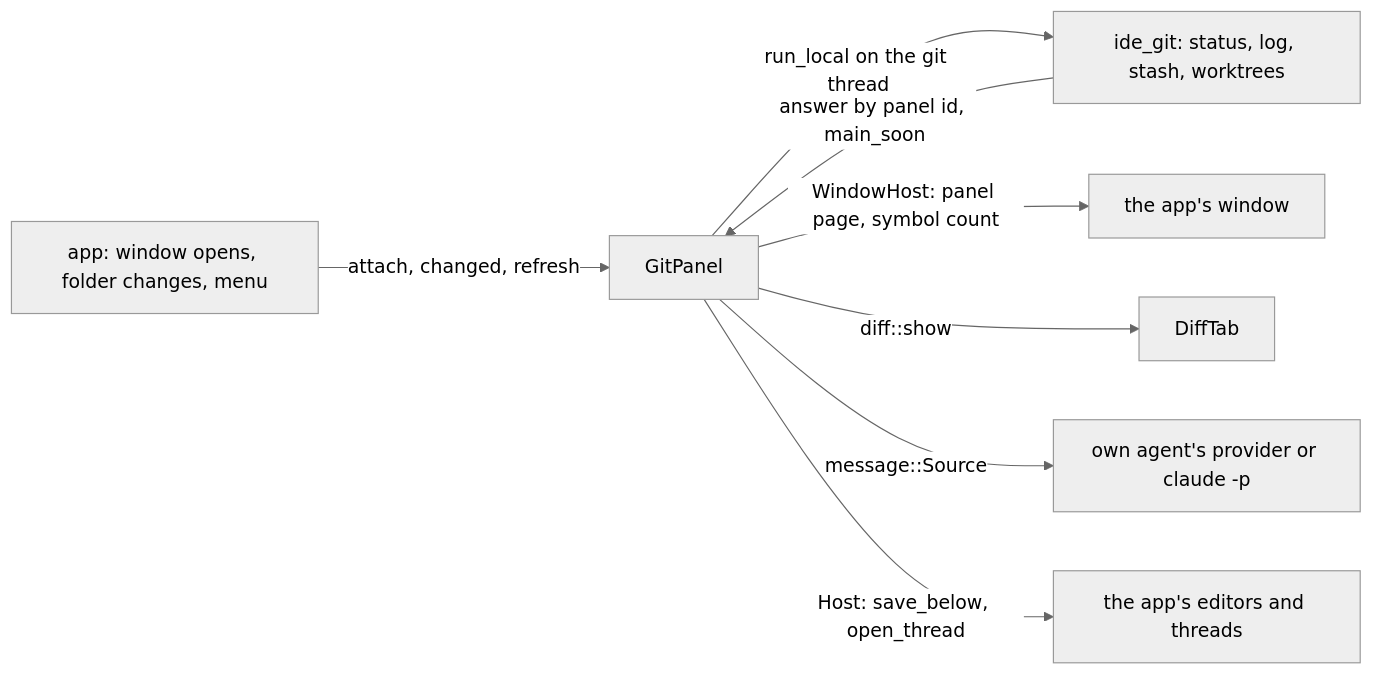
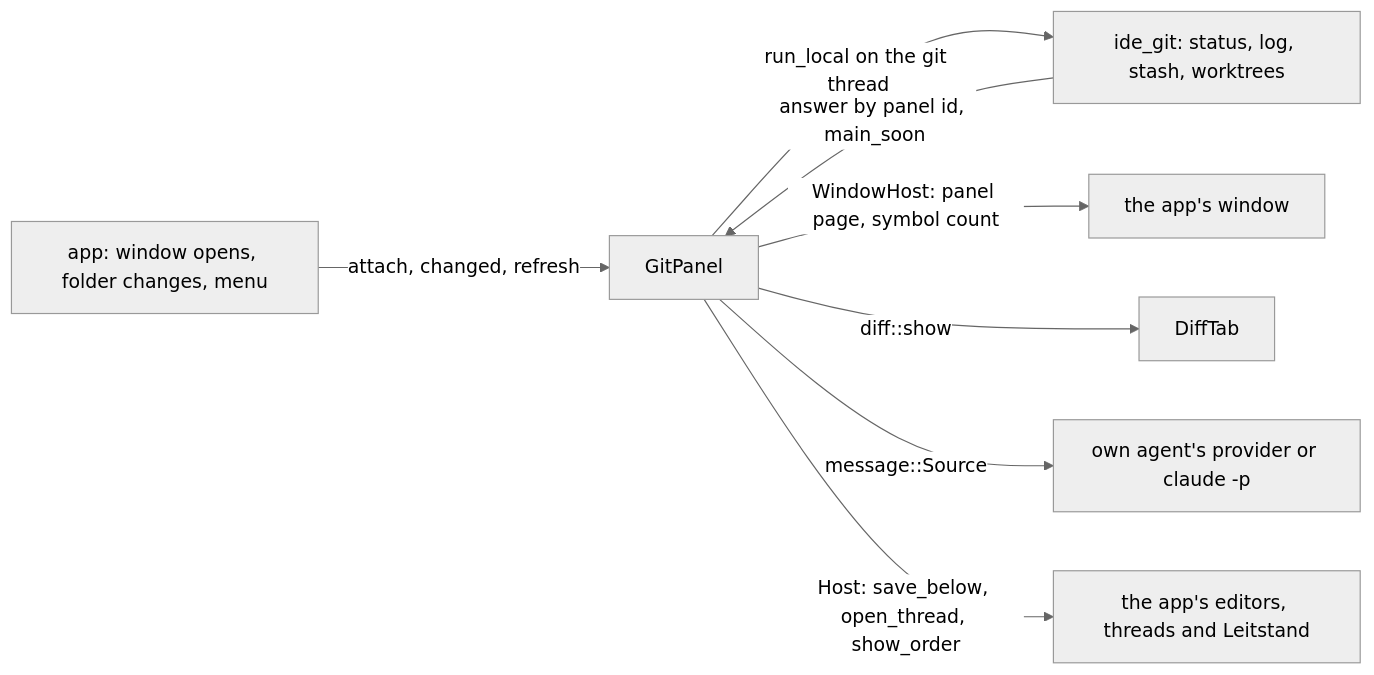
One commit to sventmueller/dango changed the diagram in crates/ide-ui-git/README.md. Above: the diagram before and after it, drawn with Mermaid (neutral theme). The commit also changed other lines of this file and 38 other files, not shown here.

````diff
--- a/crates/ide-ui-git/README.md
+++ b/crates/ide-ui-git/README.md
@@ -8,10 +10,10 @@
 ```mermaid
 flowchart LR
     app["app: window opens, folder changes, menu"] -->|"attach, changed, refresh"| panel["GitPanel"]
     panel -->|"run_local on the git thread"| git["ide_git: status, log, stash, worktrees"]
     git -->|"answer by panel id, main_soon"| panel
     panel -->|"WindowHost: panel page, symbol count"| window["the app's window"]
     panel -->|"diff::show"| diff["DiffTab"]
     panel -->|"message::Source"| model["own agent's provider or claude -p"]
-    panel -->|"Host: save_below, open_thread"| host["the app's editors and threads"]
+    panel -->|"Host: save_below, open_thread, show_order"| host["the app's editors, threads and Leitstand"]
 ```
````
